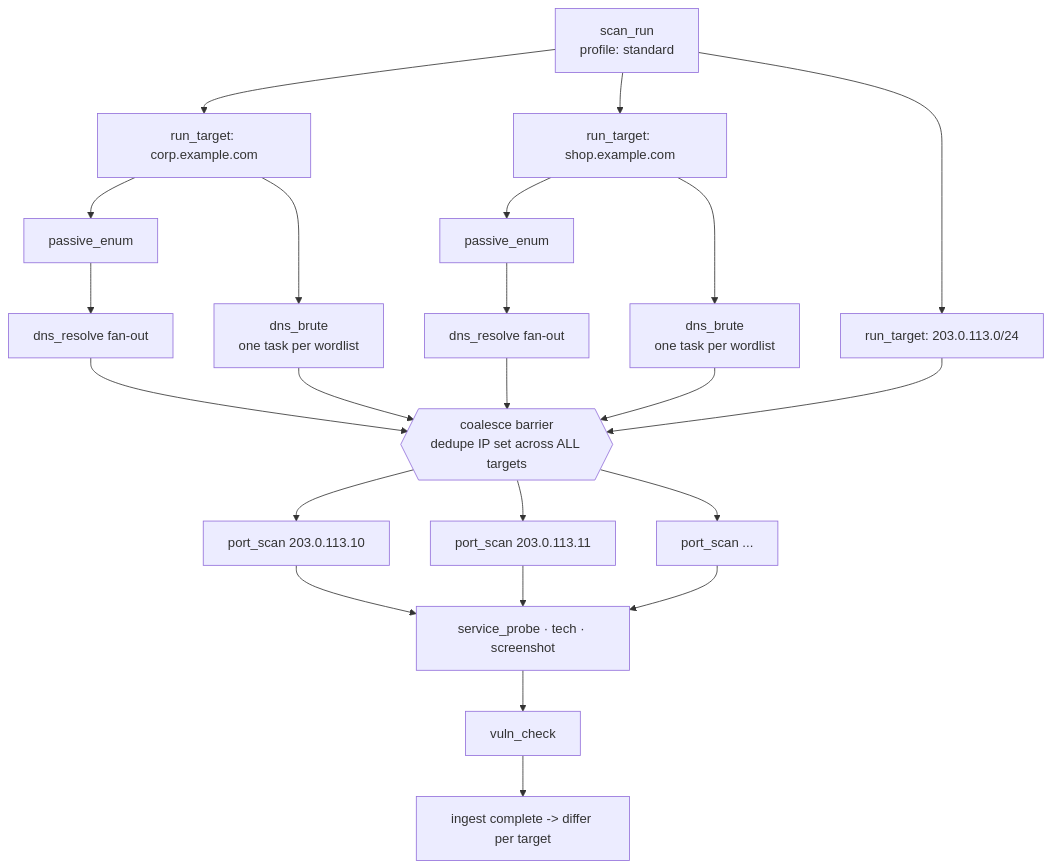
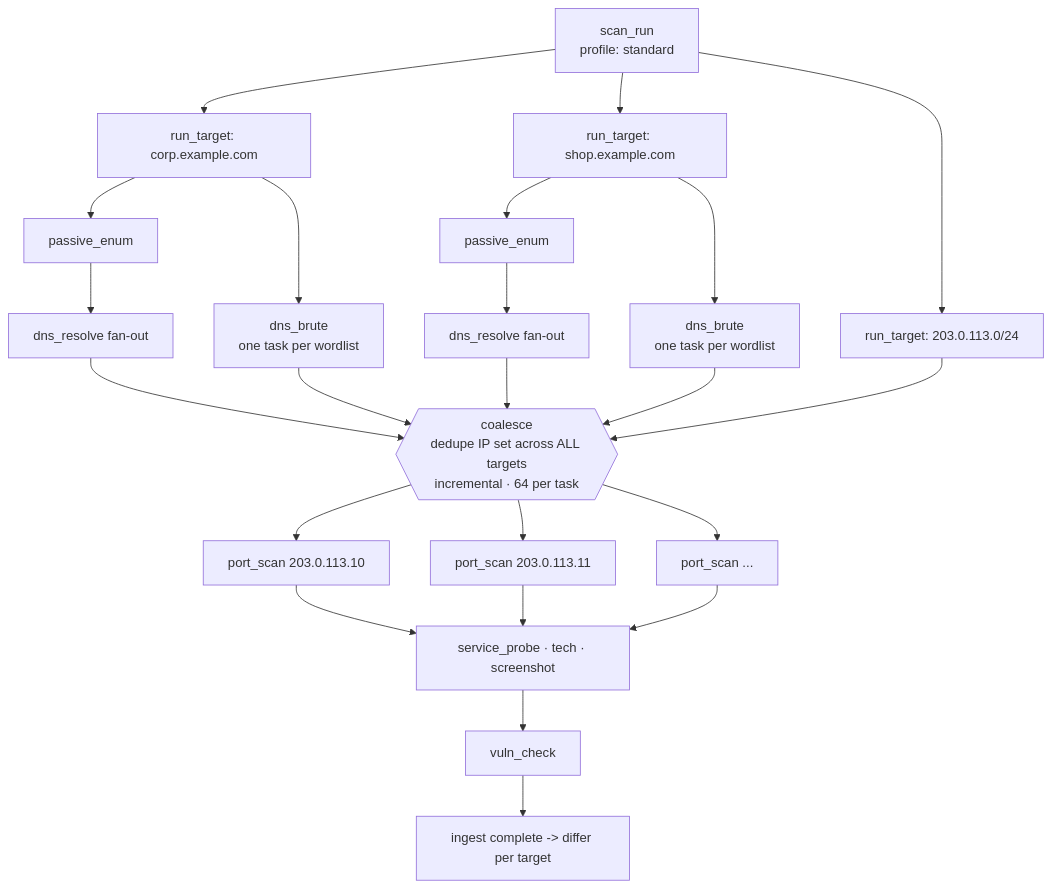
The second of 5 diagrams in architecture.md (cobbbex/PinkGlasses), drawn with Mermaid before and after one commit. The commit also changed other lines of this file and 4 other files, not shown here.

````diff
--- a/architecture.md
+++ b/architecture.md
@@ -213,29 +223,29 @@
 ```mermaid
 flowchart TB
     R["scan_run<br/>profile: standard"] --> T1[run_target: corp.example.com]
     R --> T2[run_target: shop.example.com]
     R --> T3[run_target: 203.0.113.0/24]
 
     T1 --> P1[passive_enum]
     T2 --> P2[passive_enum]
     T1 --> B1["dns_brute<br/>one task per wordlist"]
     T2 --> B2["dns_brute<br/>one task per wordlist"]
     P1 --> D1[dns_resolve fan-out]
     P2 --> D2[dns_resolve fan-out]
 
-    D1 --> C{{"coalesce barrier<br/>dedupe IP set across ALL targets"}}
+    D1 --> C{{"coalesce<br/>dedupe IP set across ALL targets<br/>incremental · 64 per task"}}
     D2 --> C
     B1 --> C
     B2 --> C
     T3 --> C
 
     C --> S1[port_scan 203.0.113.10]
     C --> S2[port_scan 203.0.113.11]
     C --> S3[port_scan ...]
 
     S1 --> PR[service_probe · tech · screenshot]
     S2 --> PR
     S3 --> PR
     PR --> V[vuln_check]
     V --> I[ingest complete -> differ per target]
 ```
````
